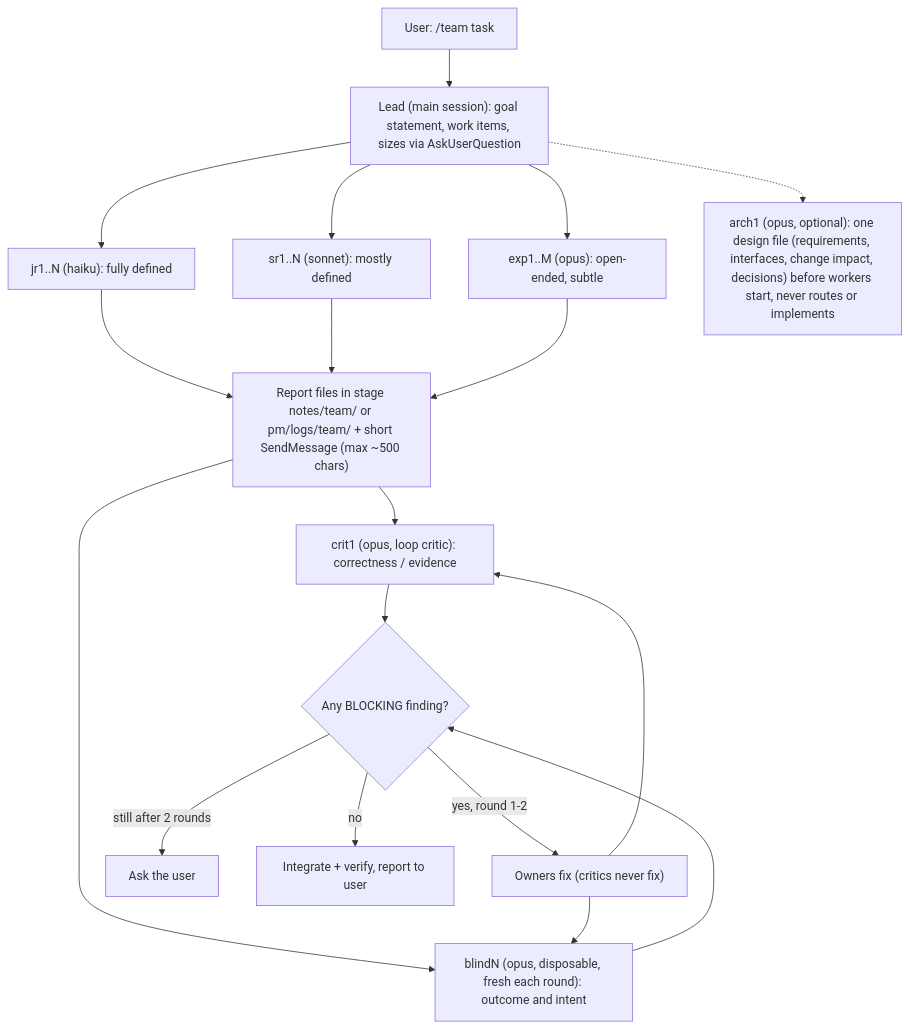
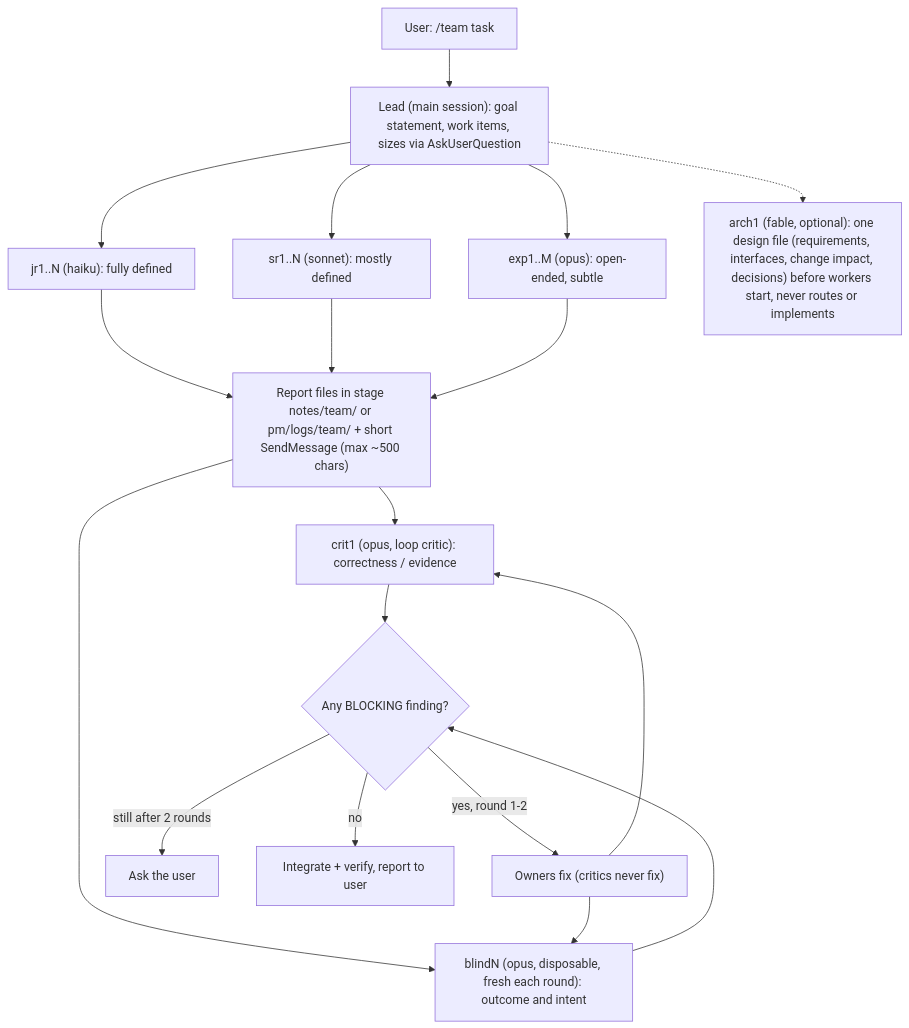
The fourth of 5 diagrams in README.md (xylophoneengine/research-kit), drawn with Mermaid before and after one commit. The commit also changed 2 other files, not shown here.

Commit message:
team: architect runs on fable

````diff
--- a/README.md
+++ b/README.md
@@ -410,20 +410,20 @@
 ```mermaid
 flowchart TD
   U["User: /team task"] --> L["Lead (main session): goal statement, work items, sizes via AskUserQuestion"]
   L --> J["jr1..N (haiku): fully defined"]
   L --> S["sr1..N (sonnet): mostly defined"]
   L --> E["exp1..M (opus): open-ended, subtle"]
   J --> R["Report files in stage notes/team/ or pm/logs/team/ + short SendMessage (max ~500 chars)"]
   S --> R
   E --> R
-  L -.-> A["arch1 (opus, optional): one design file (requirements, interfaces, change impact, decisions) before workers start, never routes or implements"]
+  L -.-> A["arch1 (fable, optional): one design file (requirements, interfaces, change impact, decisions) before workers start, never routes or implements"]
   R --> C1["crit1 (opus, loop critic): correctness / evidence"]
   R --> C2["blindN (opus, disposable, fresh each round): outcome and intent"]
   C1 --> V{"Any BLOCKING finding?"}
   C2 --> V
   V -- "yes, round 1-2" --> F["Owners fix (critics never fix)"]
   F --> C1
   F --> C2
   V -- "still after 2 rounds" --> Q["Ask the user"]
   V -- "no" --> I["Integrate + verify, report to user"]
 ```
````
